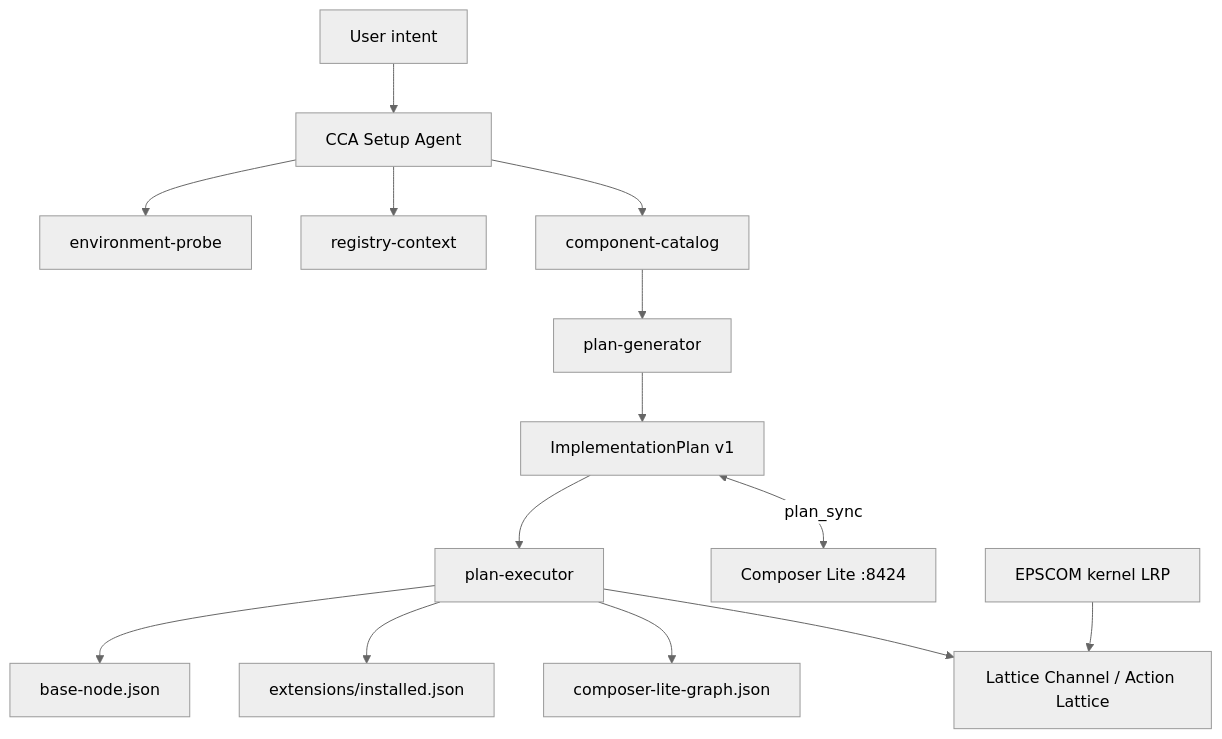
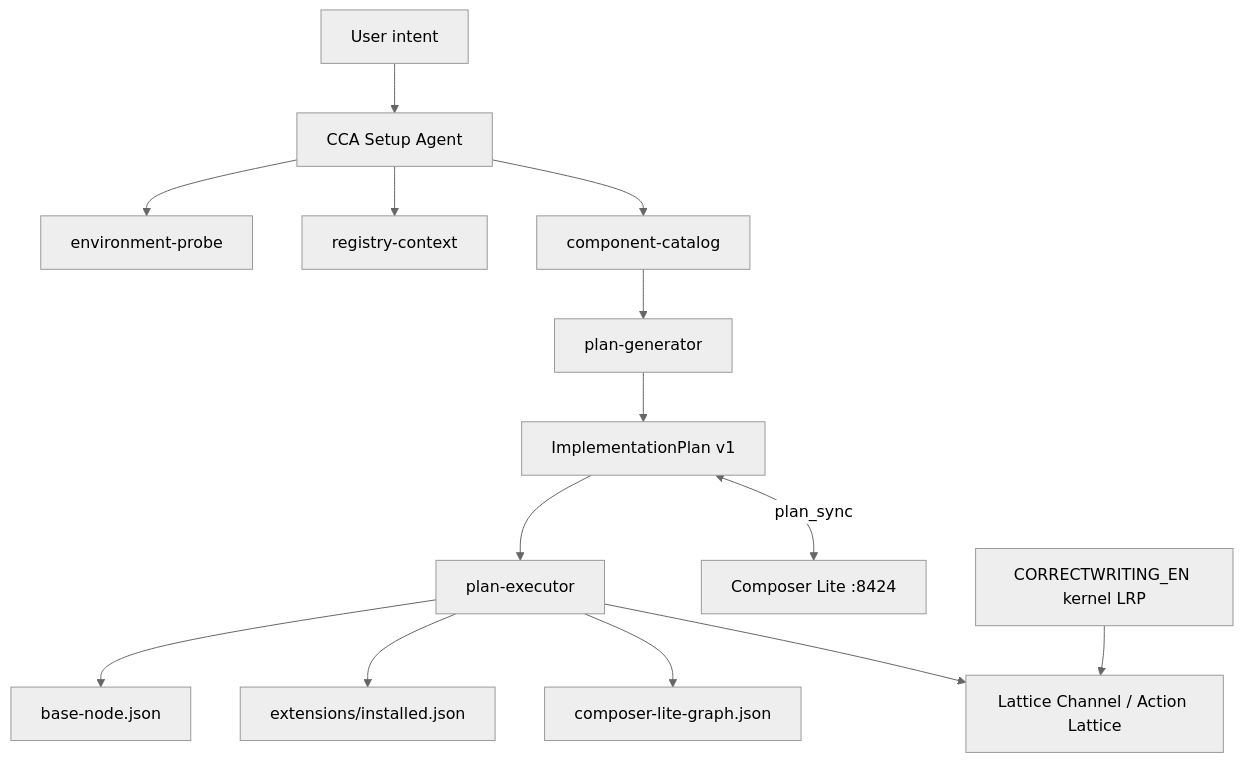
One commit to thePM001/AEP-agent-element-protocol changed the diagram in AEP-CCA-Central-Setup-Agent/README.md. Above: the diagram before and after it, drawn with Mermaid (neutral theme). The commit also changed other lines of this file and 56 other files, not shown here.

````diff
--- a/AEP-CCA-Central-Setup-Agent/README.md
+++ b/AEP-CCA-Central-Setup-Agent/README.md
@@ -42,16 +42,16 @@
 ```mermaid
 flowchart TB
   User[User intent] --> CCA[CCA Setup Agent]
   CCA --> Probe[environment-probe]
   CCA --> Registry[registry-context]
   CCA --> Catalog[component-catalog]
   Catalog --> PlanGen[plan-generator]
   PlanGen --> Plan[ImplementationPlan v1]
   Plan --> Executor[plan-executor]
   Executor --> Config[base-node.json]
   Executor --> Installed[extensions/installed.json]
   Executor --> Graph[composer-lite-graph.json]
   Plan <-->|plan_sync| Composer[Composer Lite :8424]
   Executor --> Lattice[Lattice Channel / Action Lattice]
-  EPSCOM[EPSCOM kernel LRP] --> Lattice
+  CORRECTWRITING_EN[CORRECTWRITING_EN kernel LRP] --> Lattice
 ```
````
